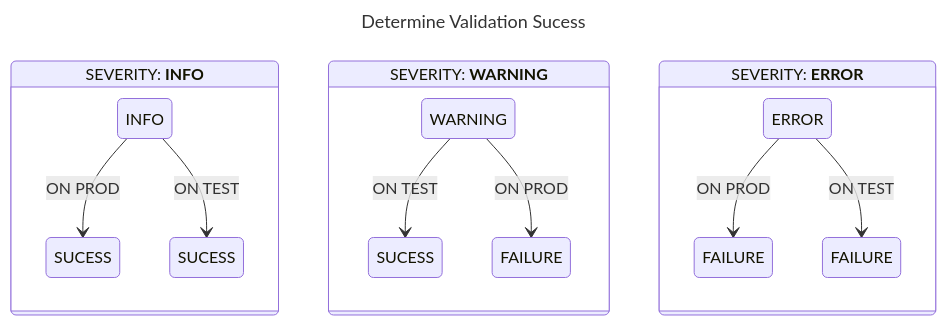
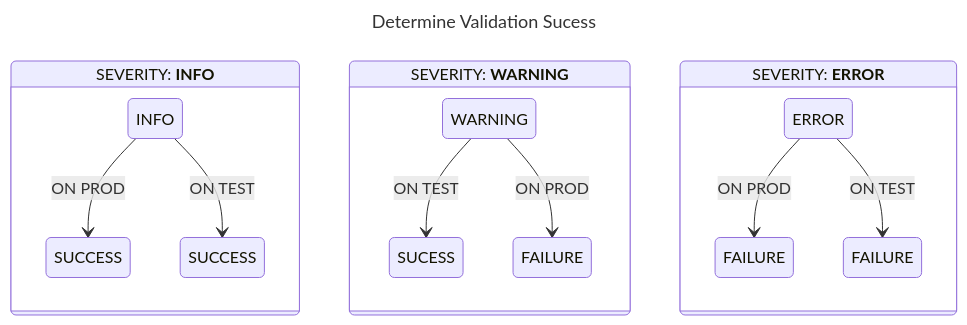
One commit to dasch-swiss/dsp-tools changed the fifth of 5 diagrams in docs/developers/architecture.md. Above: the diagram before and after it, drawn with Mermaid. The commit also changed other lines of this file, not shown here.

````diff
--- a/docs/developers/architecture.md
+++ b/docs/developers/architecture.md
@@ -169,29 +172,29 @@
 ```mermaid
 ---
 title: Determine Validation Sucess
 ---
 stateDiagram-v2
 
 state "SEVERITY: <b>INFO<b>" as info
 state "SEVERITY: <b>WARNING<b>" as warn
 state "SEVERITY: <b>ERROR<b>" as err
 
     state info {
-        state "SUCESS" as sInfo1
-        state "SUCESS" as sInfo2
+        state "SUCCESS" as sInfo1
+        state "SUCCESS" as sInfo2
         INFO --> sInfo1: ON PROD
         INFO --> sInfo2: ON TEST
     }
 
     state warn {
         WARNING --> SUCESS: ON TEST
         WARNING --> FAILURE: ON PROD
     }
 
     state err {
         state "FAILURE" as f1
         state "FAILURE" as f2
         ERROR --> f1: ON PROD
         ERROR --> f2: ON TEST
     }
 ```
````
